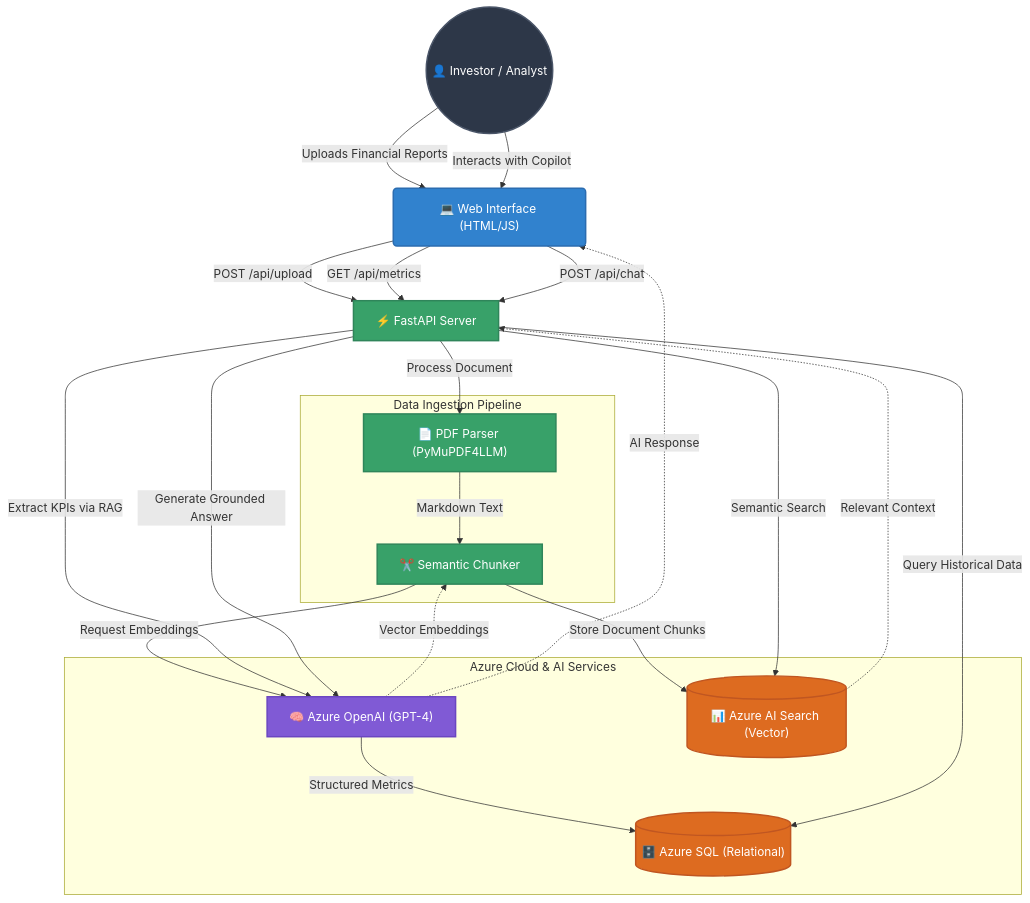
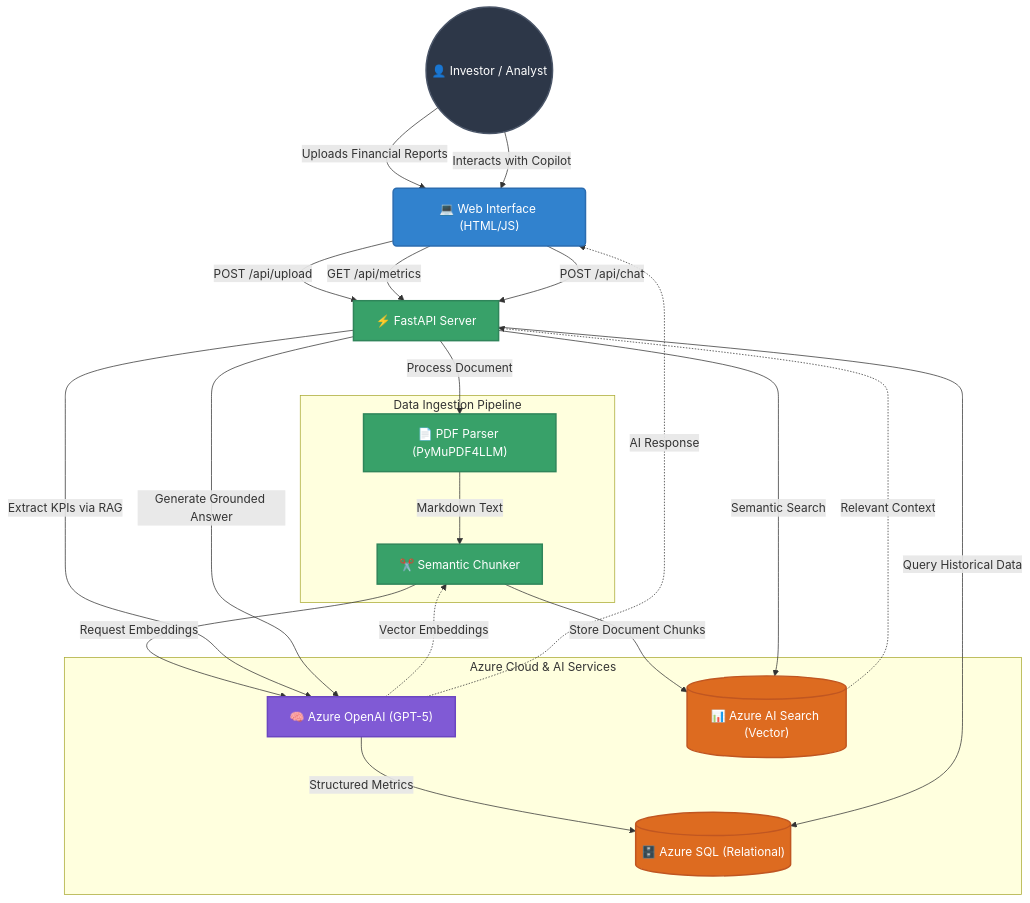
The diagram in README.md (valluri-anand/ai-business-intelligent-platform-), drawn with Mermaid before and after one commit. The commit also changed other lines of this file and 1 other file, not shown here.

Commit message:
docs: align model references to GPT-5 across architecture diagram and documentation

````diff
--- a/README.md
+++ b/README.md
@@ -45,47 +45,47 @@
 ```mermaid
 graph TD
     %% Define Styles
     classDef user fill:#2d3748,stroke:#4a5568,stroke-width:2px,color:#fff,rx:10px,ry:10px
     classDef frontend fill:#3182ce,stroke:#2b6cb0,stroke-width:2px,color:#fff,rx:5px,ry:5px
     classDef backend fill:#38a169,stroke:#2f855a,stroke-width:2px,color:#fff
     classDef ai fill:#805ad5,stroke:#6b46c1,stroke-width:2px,color:#fff
     classDef db fill:#dd6b20,stroke:#c05621,stroke-width:2px,color:#fff,shape:cylinder
 
     %% Nodes
     User(("👤 Investor / Analyst")):::user
     UI["💻 Web Interface (HTML/JS)"]:::frontend
     API["⚡ FastAPI Server"]:::backend
     
     subgraph Ingestion ["Data Ingestion Pipeline"]
         PDF["📄 PDF Parser (PyMuPDF4LLM)"]:::backend
         Chunk["✂️ Semantic Chunker"]:::backend
     end
     
     subgraph Cloud ["Azure Cloud & AI Services"]
-        LLM["🧠 Azure OpenAI (GPT-4)"]:::ai
+        LLM["🧠 Azure OpenAI (GPT-5)"]:::ai
         VDB[("📊 Azure AI Search (Vector)")]:::db
         SQL[("🗄️ Azure SQL (Relational)")]:::db
     end
 
     %% Flow
     User -->|Uploads Financial Reports| UI
     UI -->|POST /api/upload| API
     API -->|Process Document| PDF
     PDF -->|Markdown Text| Chunk
     
     Chunk -->|Request Embeddings| LLM
     LLM -.->|Vector Embeddings| Chunk
     Chunk -->|Store Document Chunks| VDB
     
     API -->|Extract KPIs via RAG| LLM
     LLM -->|Structured Metrics| SQL
     
     User -->|Interacts with Copilot| UI
     UI -->|GET /api/metrics| API
     API -->|Query Historical Data| SQL
     UI -->|POST /api/chat| API
     API -->|Semantic Search| VDB
     VDB -.->|Relevant Context| API
     API -->|Generate Grounded Answer| LLM
     LLM -.->|AI Response| UI
 ```
````
